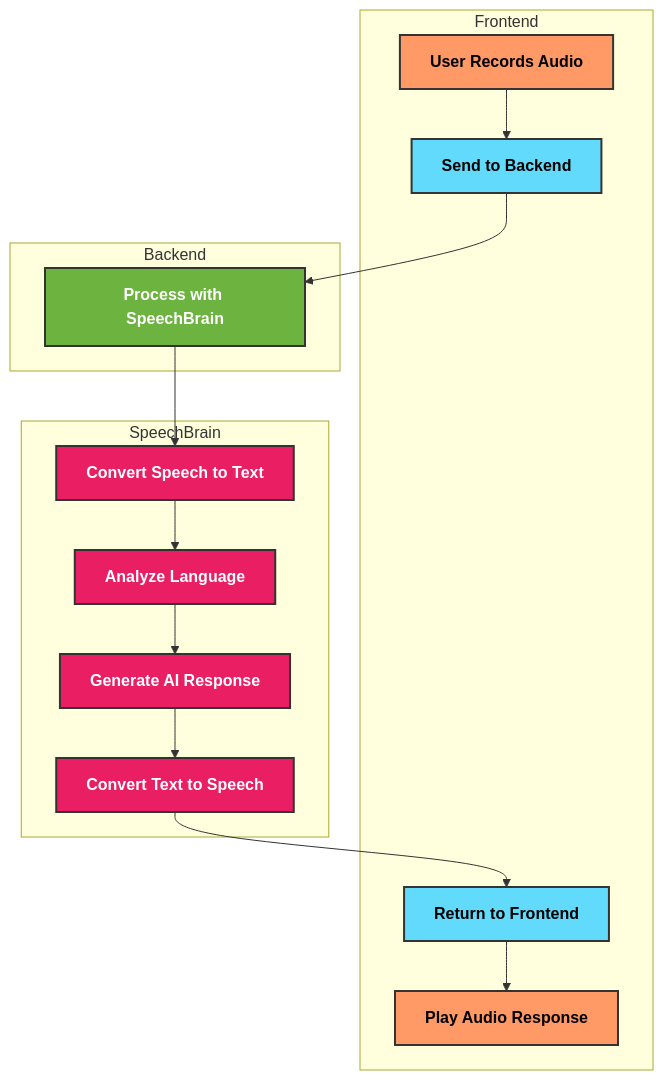
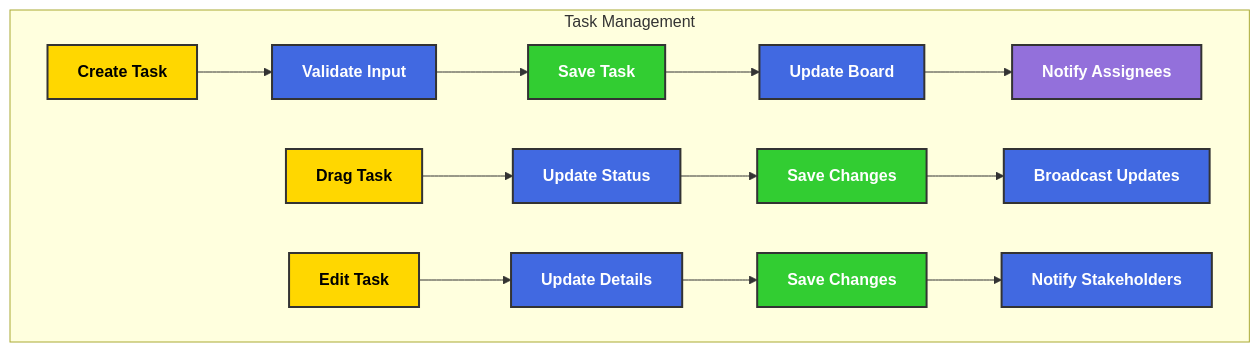
One commit to TuPhung369/Haaga_Backend_Programming changed the fourth of 4 diagrams in TuPhung_Docs/docs/architecture.md. Above: the diagram before and after it, drawn with Mermaid. The commit also changed other lines of this file and 1 other file, not shown here.

````diff
--- a/TuPhung_Docs/docs/architecture.md
+++ b/TuPhung_Docs/docs/architecture.md
@@ -165,35 +345,30 @@
 ```mermaid
 flowchart TD
     %% Styling
-    classDef userAction fill:#FF9966,stroke:#333,stroke-width:2px,color:#000,font-weight:bold
-    classDef frontend fill:#61DAFB,stroke:#333,stroke-width:2px,color:#000,font-weight:bold
-    classDef backend fill:#6DB33F,stroke:#333,stroke-width:2px,color:#fff,font-weight:bold
-    classDef ai fill:#9C27B0,stroke:#333,stroke-width:2px,color:#fff,font-weight:bold
-    classDef speech fill:#E91E63,stroke:#333,stroke-width:2px,color:#fff,font-weight:bold
+    classDef userAction fill:#FFD700,stroke:#333,stroke-width:2px,color:#000,font-weight:bold
+    classDef process fill:#4169E1,stroke:#333,stroke-width:2px,color:#fff,font-weight:bold
+    classDef storage fill:#32CD32,stroke:#333,stroke-width:2px,color:#fff,font-weight:bold
+    classDef notification fill:#9370DB,stroke:#333,stroke-width:2px,color:#fff,font-weight:bold
 
-    %% Frontend Flow
-    subgraph "Frontend"
-        A[User Records Audio] --> B[Send to Backend]
-        H[Return to Frontend] --> I[Play Audio Response]
-    end
+    %% Task Creation Flow
+    subgraph "Task Management"
+        A[Create Task] --> B[Validate Input]
+        B --> C[Save Task]
+        C --> D[Update Board]
+        D --> E[Notify Assignees]
 
-    %% Backend Processing
-    subgraph "Backend"
-        B --> C[Process with SpeechBrain]
-    end
+        F[Drag Task] --> G[Update Status]
+        G --> H[Save Changes]
+        H --> I[Broadcast Updates]
 
-    %% SpeechBrain Processing
-    subgraph "SpeechBrain"
-        C --> D[Convert Speech to Text]
-        D --> E[Analyze Language]
-        E --> F[Generate AI Response]
-        F --> G[Convert Text to Speech]
-        G --> H
+        J[Edit Task] --> K[Update Details]
+        K --> L[Save Changes]
+        L --> M[Notify Stakeholders]
     end
 
     %% Apply styles
-    class A,I userAction
-    class B,H frontend
-    class C backend
-    class D,E,F,G speech
+    class A,F,J userAction
+    class B,D,G,I,K,M process
+    class C,H,L storage
+    class E notification
 ```
````
